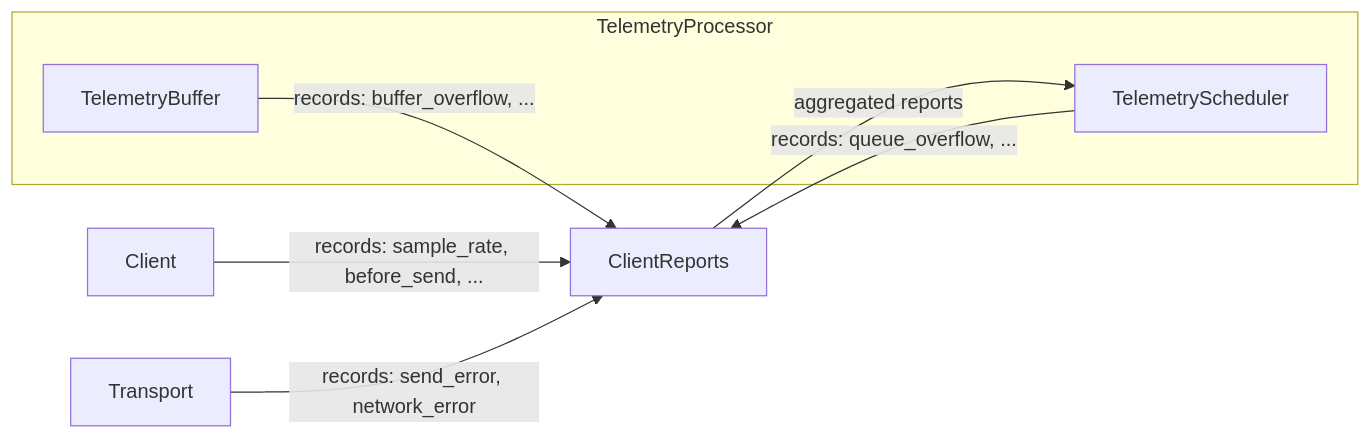
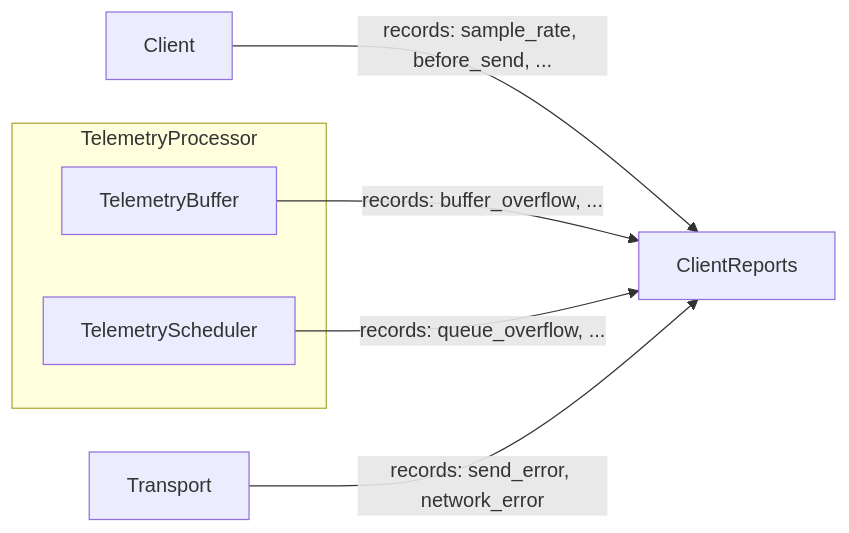
The third of 5 diagrams in develop-docs/sdk/foundations/processing/telemetry-processor/index.mdx (getsentry/sentry-docs), drawn with Mermaid before and after one commit. The commit also changed other lines of this file and 1 other file, not shown here.

Commit message:
feat(dev): add client reports architecture guidance

````diff
--- a/develop-docs/sdk/foundations/processing/telemetry-processor/index.mdx
+++ b/develop-docs/sdk/foundations/processing/telemetry-processor/index.mdx
@@ -167,15 +169,14 @@
 ```mermaid
 flowchart LR
   ClientReports["ClientReports"]
   Client -- "records: sample_rate, before_send, ..." --> ClientReports
 
   subgraph TelemetryProcessor
     TelemetryBuffer
     TelemetryScheduler
   end
 
   TelemetryBuffer -- "records: buffer_overflow, ..." --> ClientReports
   TelemetryScheduler -- "records: queue_overflow, ..." --> ClientReports
   Transport -- "records: send_error, network_error" --> ClientReports
-  ClientReports -- "aggregated reports" --> TelemetryScheduler
 ```
````
